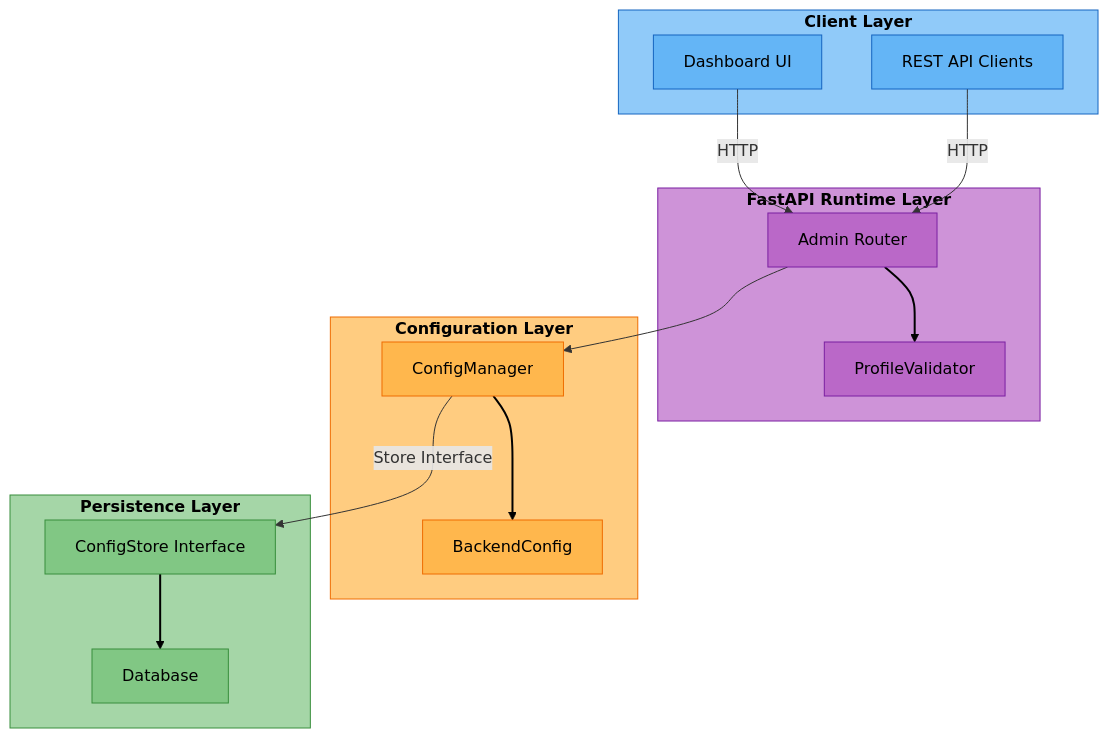
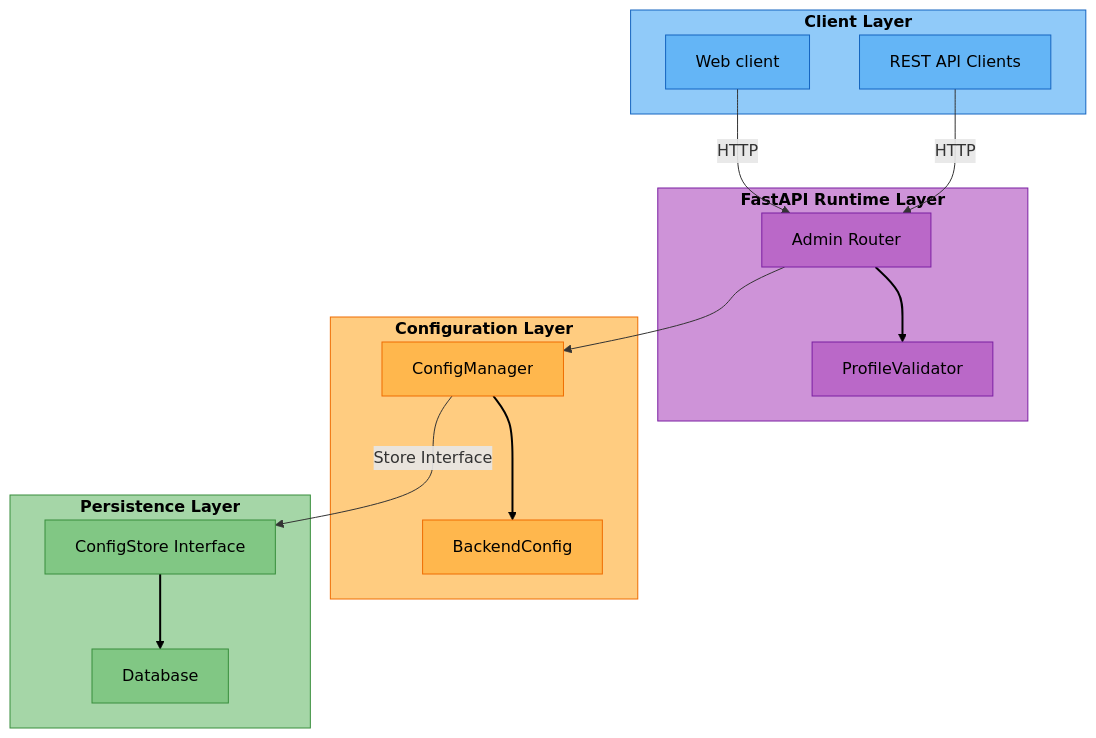
One commit to amit-jain/cogniverse changed the first of 4 diagrams in docs/architecture/dynamic-profiles.md. Above: the diagram before and after it, drawn with Mermaid. The commit also changed other lines of this file and 241 other files, not shown here.

````diff
--- a/docs/architecture/dynamic-profiles.md
+++ b/docs/architecture/dynamic-profiles.md
@@ -17,46 +17,46 @@
 ```mermaid
 flowchart TB
     subgraph Client["<span style='color:#000'><b>Client Layer</b></span>"]
-        Dashboard["<span style='color:#000'>Dashboard UI</span>"]
+        WebClient["<span style='color:#000'>Web client</span>"]
         APIClients["<span style='color:#000'>REST API Clients</span>"]
     end
 
     subgraph Runtime["<span style='color:#000'><b>FastAPI Runtime Layer</b></span>"]
         AdminRouter["<span style='color:#000'>Admin Router</span>"]
         Validator["<span style='color:#000'>ProfileValidator</span>"]
     end
 
     subgraph Config["<span style='color:#000'><b>Configuration Layer</b></span>"]
         ConfigMgr["<span style='color:#000'>ConfigManager</span>"]
         BackendCfg["<span style='color:#000'>BackendConfig</span>"]
     end
 
     subgraph Persistence["<span style='color:#000'><b>Persistence Layer</b></span>"]
         Store["<span style='color:#000'>ConfigStore Interface</span>"]
         DB["<span style='color:#000'>Database</span>"]
     end
 
-    Dashboard -->|HTTP| AdminRouter
+    WebClient -->|HTTP| AdminRouter
     APIClients -->|HTTP| AdminRouter
     AdminRouter --> Validator
     AdminRouter --> ConfigMgr
     ConfigMgr --> BackendCfg
     ConfigMgr -->|Store Interface| Store
     Store --> DB
 
     style Client fill:#90caf9,stroke:#1565c0,color:#000
     style Runtime fill:#ce93d8,stroke:#7b1fa2,color:#000
     style Config fill:#ffcc80,stroke:#ef6c00,color:#000
     style Persistence fill:#a5d6a7,stroke:#388e3c,color:#000
 
-    style Dashboard fill:#64b5f6,stroke:#1565c0,color:#000
+    style WebClient fill:#64b5f6,stroke:#1565c0,color:#000
     style APIClients fill:#64b5f6,stroke:#1565c0,color:#000
     style AdminRouter fill:#ba68c8,stroke:#7b1fa2,color:#000
     style Validator fill:#ba68c8,stroke:#7b1fa2,color:#000
     style ConfigMgr fill:#ffb74d,stroke:#ef6c00,color:#000
     style BackendCfg fill:#ffb74d,stroke:#ef6c00,color:#000
     style Store fill:#81c784,stroke:#388e3c,color:#000
     style DB fill:#81c784,stroke:#388e3c,color:#000
 
     linkStyle 2,4,6 stroke:#000,stroke-width:2px
 ```
````
